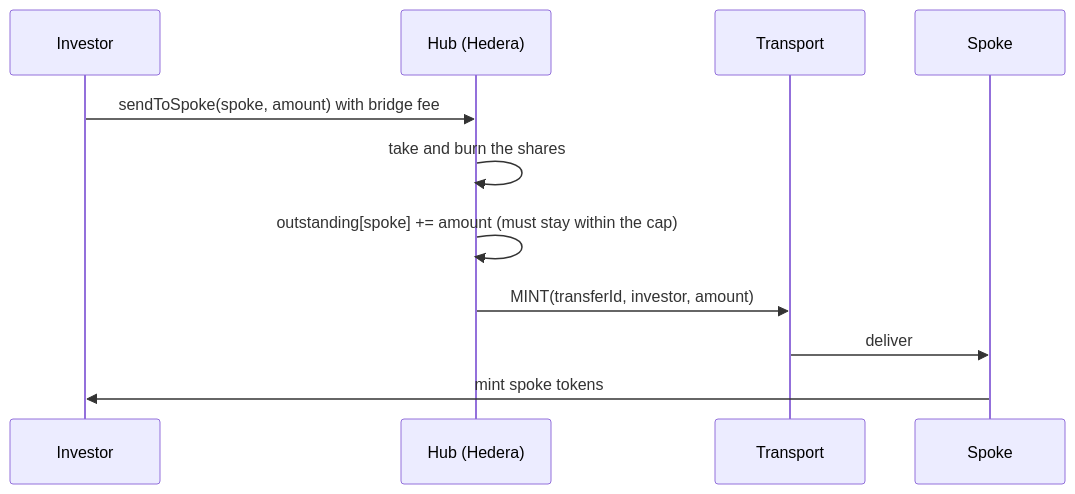
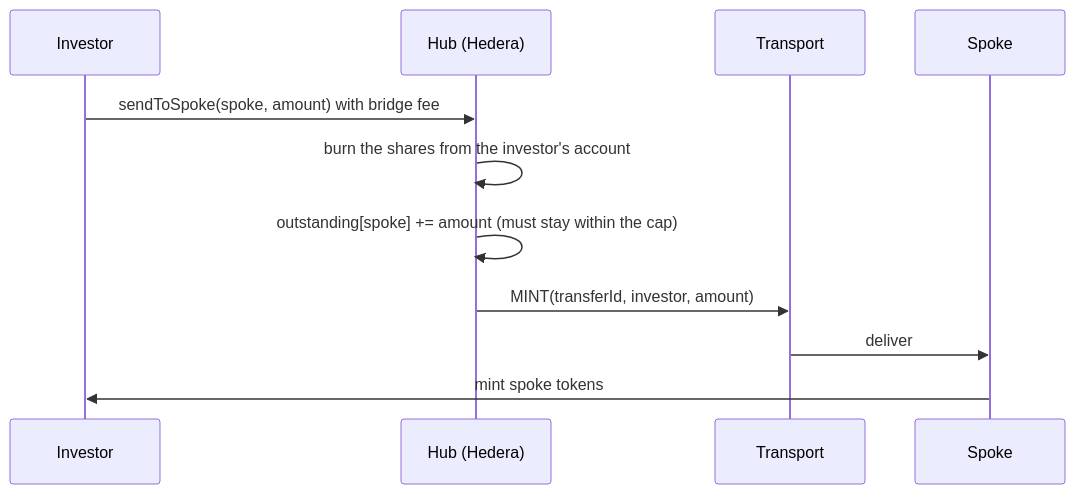
Before and after one commit to MukulKolpe/atollway: the fourth of 5 diagrams in docs/architecture.md, drawn with Mermaid. The commit also changed other lines of this file, not shown here.

Commit message:
docs(architecture): show association in the approval and subscription flows

````diff
--- a/docs/architecture.md
+++ b/docs/architecture.md
@@ -111,13 +117,13 @@
 ```mermaid
 sequenceDiagram
   participant V as Investor
   participant H as Hub (Hedera)
   participant T as Transport
   participant S as Spoke
   V->>H: sendToSpoke(spoke, amount) with bridge fee
-  H->>H: take and burn the shares
+  H->>H: burn the shares from the investor's account
   H->>H: outstanding[spoke] += amount (must stay within the cap)
   H->>T: MINT(transferId, investor, amount)
   T->>S: deliver
   S->>V: mint spoke tokens
 ```
````
